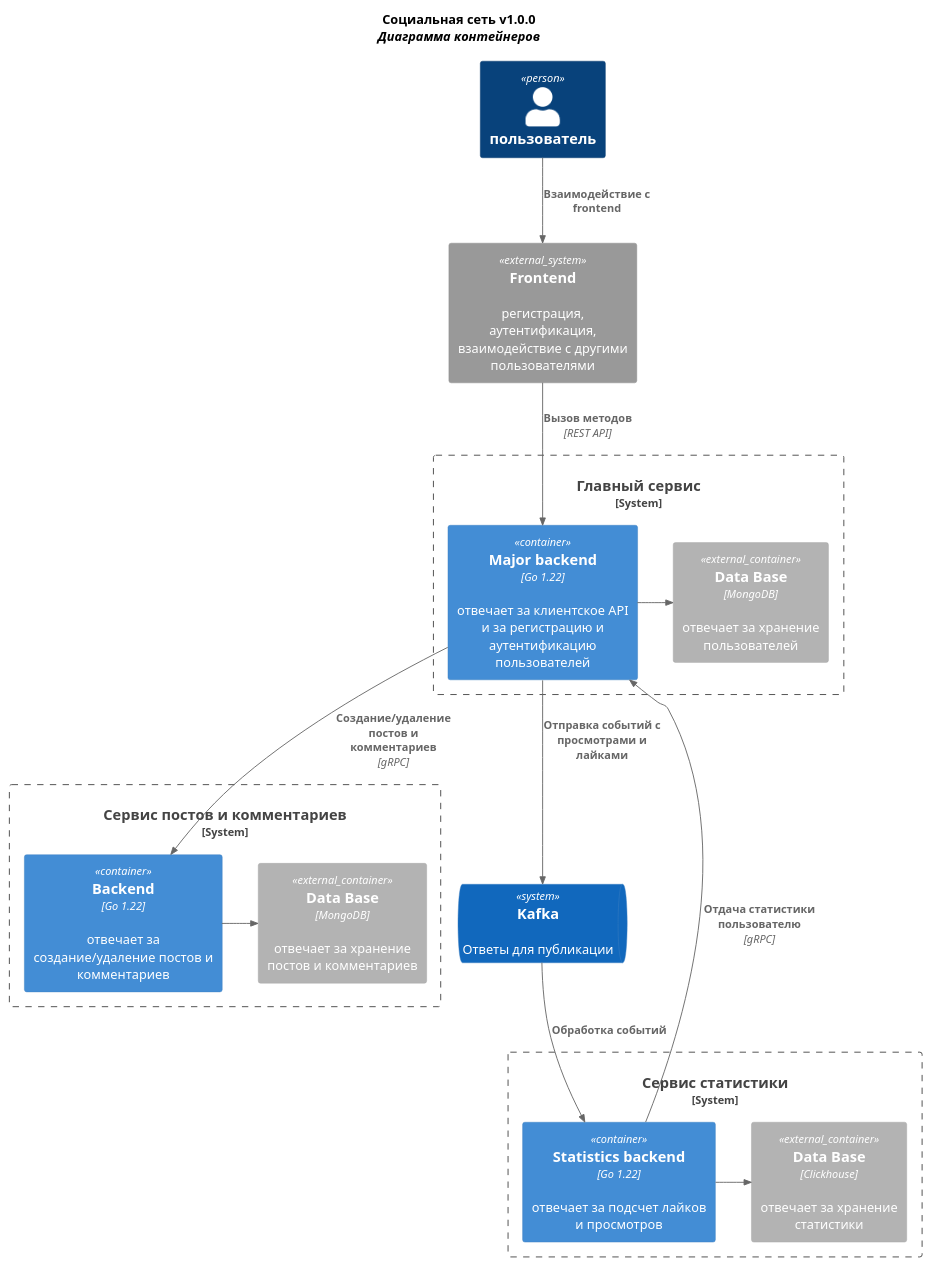
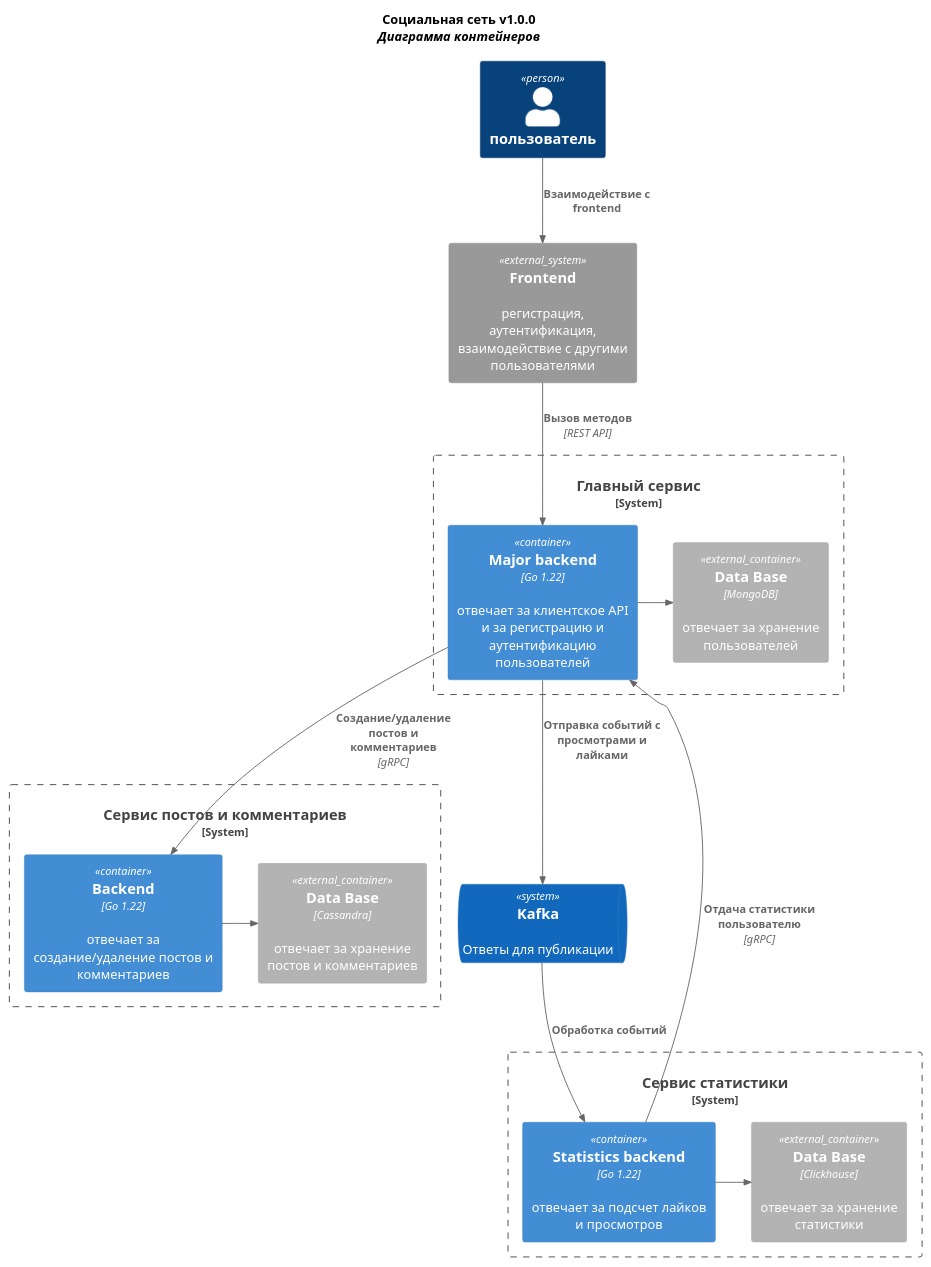
Before and after one commit to Navalgan/Service-oriented-architectures: the diagram in doc/c4-containers.puml, drawn with PlantUML. The commit also changed 14 other files, not shown here.

```diff
--- a/doc/c4-containers.puml
+++ b/doc/c4-containers.puml
@@ -1,50 +1,50 @@
 @startuml Add context
 
 !include https://raw.githubusercontent.com/plantuml-stdlib/C4-PlantUML/master/C4_Container.puml
 
 title
     <b>Социальная сеть v1.0.0</b>
     <i>Диаграмма контейнеров</i>
 end title
 
 
 Person(user, пользователь)
 
 System_Ext(frontend, Frontend, "регистрация, аутентификация, взаимодействие с другими пользователями")
 
 Rel(user, frontend, "Взаимодействие с frontend")
 
 System_Boundary(major, "Главный сервис") {
     Container(admin, "Major backend", "Go 1.22", "отвечает за клиентское API и за регистрацию и аутентификацию пользователей")
     Container_Ext(admin_DB, "Data Base", "MongoDB", "отвечает за хранение пользователей")
 
     Rel_R(admin, admin_DB, " ")
 }
 
 Rel(frontend, admin, "Вызов методов", "REST API")
 
 SystemQueue(kafka, "Kafka", "Ответы для публикации")
 
 Rel(admin, kafka, "Отправка событий с просмотрами и лайками")
 
 System_Boundary(statistics, "Сервис статистики") {
     Container(statistics_admin, "Statistics backend", "Go 1.22", "отвечает за подсчет лайков и просмотров")
     Container_Ext(statistics_DB, "Data Base", "Clickhouse", "отвечает за хранение статистики")
 
     Rel_R(statistics_admin, statistics_DB, " ")
 }
 
 Rel(kafka, statistics_admin, "Обработка событий")
 
 Rel(statistics_admin, admin, "Отдача статистики пользователю", "gRPC")
 
 System_Boundary(posts_comments, "Сервис постов и комментариев") {
     Container(posts_comments_admin, "Backend", "Go 1.22", "отвечает за создание/удаление постов и комментариев")
-    Container_Ext(posts_comments_DB, "Data Base", "MongoDB", "отвечает за хранение постов и комментариев")
+    Container_Ext(posts_comments_DB, "Data Base", "Cassandra", "отвечает за хранение постов и комментариев")
 
     Rel_R(posts_comments_admin, posts_comments_DB, " ")
 }
 
 Rel(admin, posts_comments_admin, "Создание/удаление постов и комментариев", "gRPC")
 
 @enduml
```
